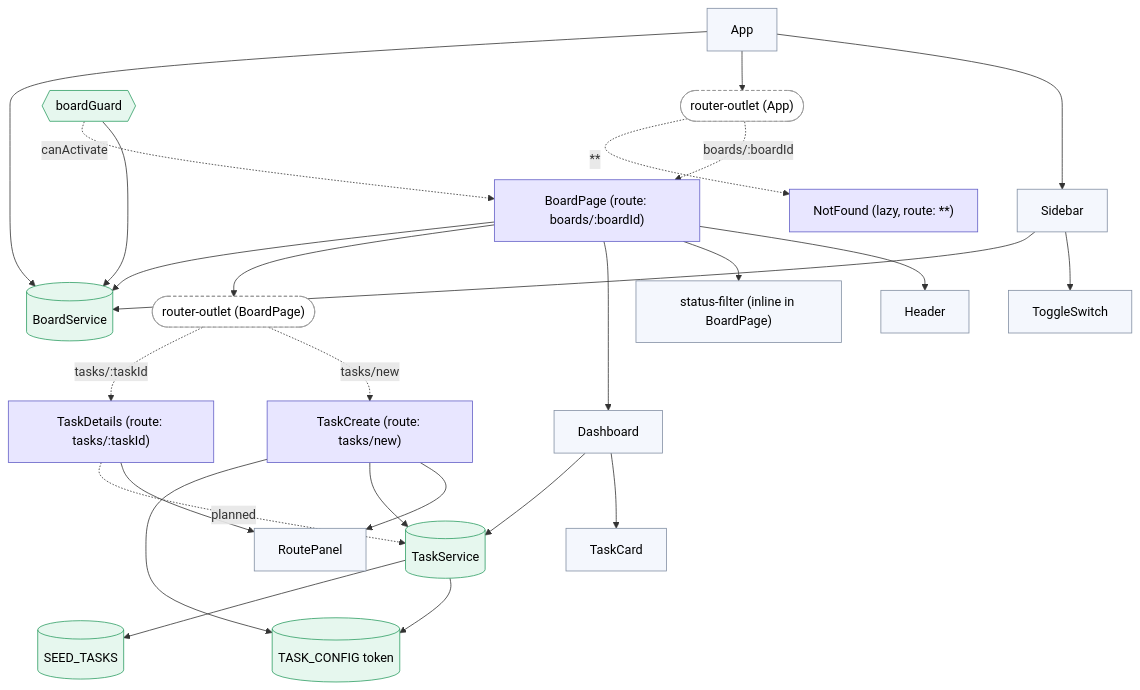
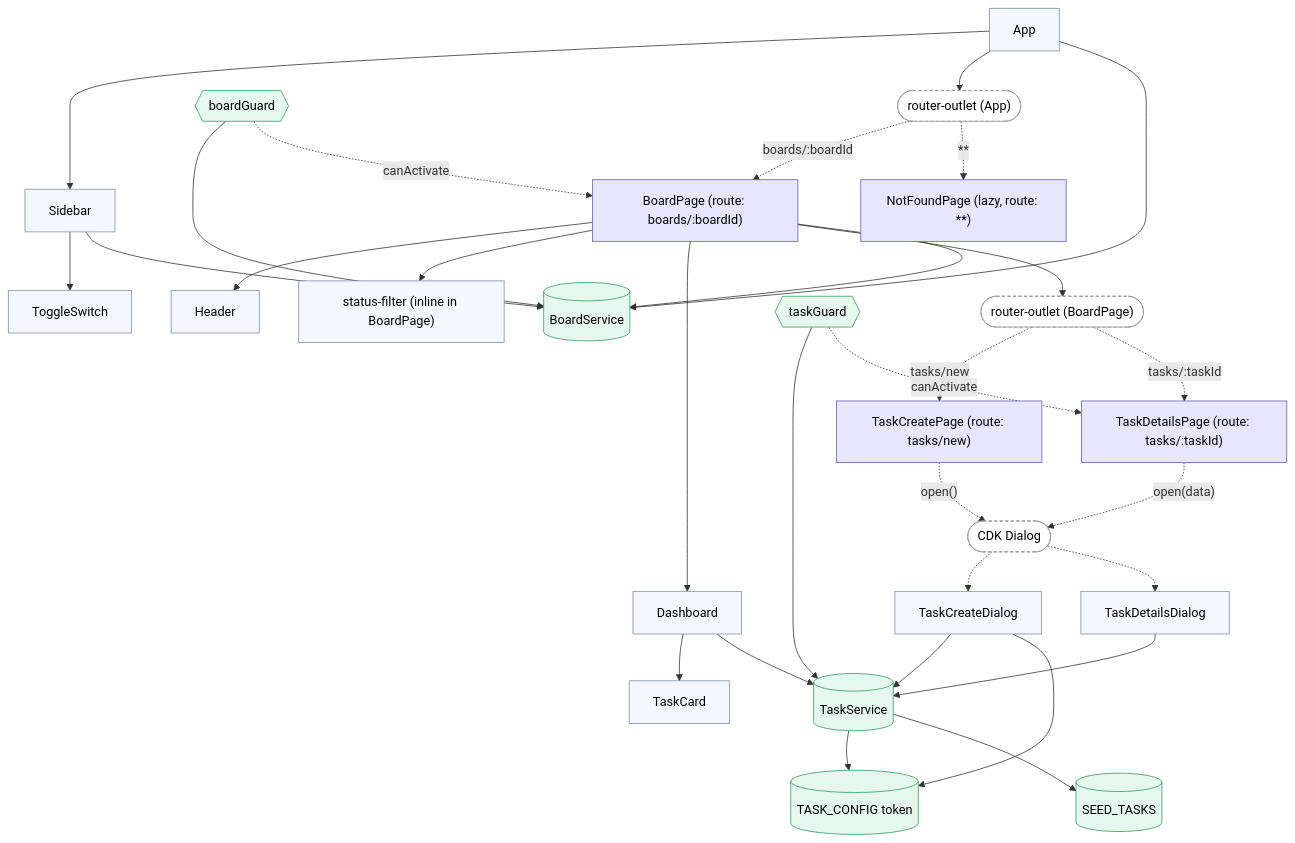
One commit to Krealf/issue-tracker changed the diagram in README.md. Above: the diagram before and after it, drawn with Mermaid. The commit also changed other lines of this file, not shown here.

````diff
--- a/README.md
+++ b/README.md
@@ -86,58 +94,65 @@
 ```mermaid
 flowchart TD
   classDef page fill:#e8e6ff,stroke:#635fc7,color:#000
   classDef ui fill:#f4f7fd,stroke:#828fa3,color:#000
   classDef svc fill:#e6f7ee,stroke:#2e9e63,color:#000
   classDef out fill:#fff,stroke:#999,stroke-dasharray:4 3,color:#000
 
   App["App"]:::ui
   Sidebar["Sidebar"]:::ui
   Toggle["ToggleSwitch"]:::ui
   OutletApp(["router-outlet (App)"]):::out
 
   BoardPage["BoardPage (route: boards/:boardId)"]:::page
   Header["Header"]:::ui
   Filter["status-filter (inline in BoardPage)"]:::ui
   Dashboard["Dashboard"]:::ui
   TaskCard["TaskCard"]:::ui
   OutletBoard(["router-outlet (BoardPage)"]):::out
 
-  TaskCreate["TaskCreate (route: tasks/new)"]:::page
-  TaskDetails["TaskDetails (route: tasks/:taskId)"]:::page
-  RoutePanel["RoutePanel"]:::ui
-  NotFound["NotFound (lazy, route: **)"]:::page
+  TaskCreatePage["TaskCreatePage (route: tasks/new)"]:::page
+  TaskDetailsPage["TaskDetailsPage (route: tasks/:taskId)"]:::page
+  CdkDialog(["CDK Dialog"]):::out
+  TaskCreateDialog["TaskCreateDialog"]:::ui
+  TaskDetailsDialog["TaskDetailsDialog"]:::ui
+  NotFound["NotFoundPage (lazy, route: **)"]:::page
 
   BoardService[("BoardService")]:::svc
   TaskService[("TaskService")]:::svc
   TaskConfig[("TASK_CONFIG token")]:::svc
   Seed[("SEED_TASKS")]:::svc
-  Guard{{"boardGuard"}}:::svc
+  BoardGuard{{"boardGuard"}}:::svc
+  TaskGuard{{"taskGuard"}}:::svc
 
   App --> Sidebar
   Sidebar --> Toggle
   App --> OutletApp
   OutletApp -. "boards/:boardId" .-> BoardPage
   OutletApp -. "**" .-> NotFound
 
   BoardPage --> Header
   BoardPage --> Filter
   BoardPage --> Dashboard
   Dashboard --> TaskCard
   BoardPage --> OutletBoard
-  OutletBoard -. "tasks/new" .-> TaskCreate
-  OutletBoard -. "tasks/:taskId" .-> TaskDetails
-  TaskCreate --> RoutePanel
-  TaskDetails --> RoutePanel
+  OutletBoard -. "tasks/new" .-> TaskCreatePage
+  OutletBoard -. "tasks/:taskId" .-> TaskDetailsPage
+  TaskCreatePage -. "open()" .-> CdkDialog
+  TaskDetailsPage -. "open(data)" .-> CdkDialog
+  CdkDialog -.-> TaskCreateDialog
+  CdkDialog -.-> TaskDetailsDialog
 
-  Guard --> BoardService
-  Guard -. "canActivate" .-> BoardPage
+  BoardGuard --> BoardService
+  BoardGuard -. "canActivate" .-> BoardPage
+  TaskGuard --> TaskService
+  TaskGuard -. "canActivate" .-> TaskDetailsPage
   App --> BoardService
   Sidebar --> BoardService
   BoardPage --> BoardService
   Dashboard --> TaskService
-  TaskCreate --> TaskService
-  TaskDetails -. "planned" .-> TaskService
-  TaskCreate --> TaskConfig
+  TaskCreateDialog --> TaskService
+  TaskDetailsDialog --> TaskService
+  TaskCreateDialog --> TaskConfig
   TaskService --> TaskConfig
   TaskService --> Seed
 ```
````
